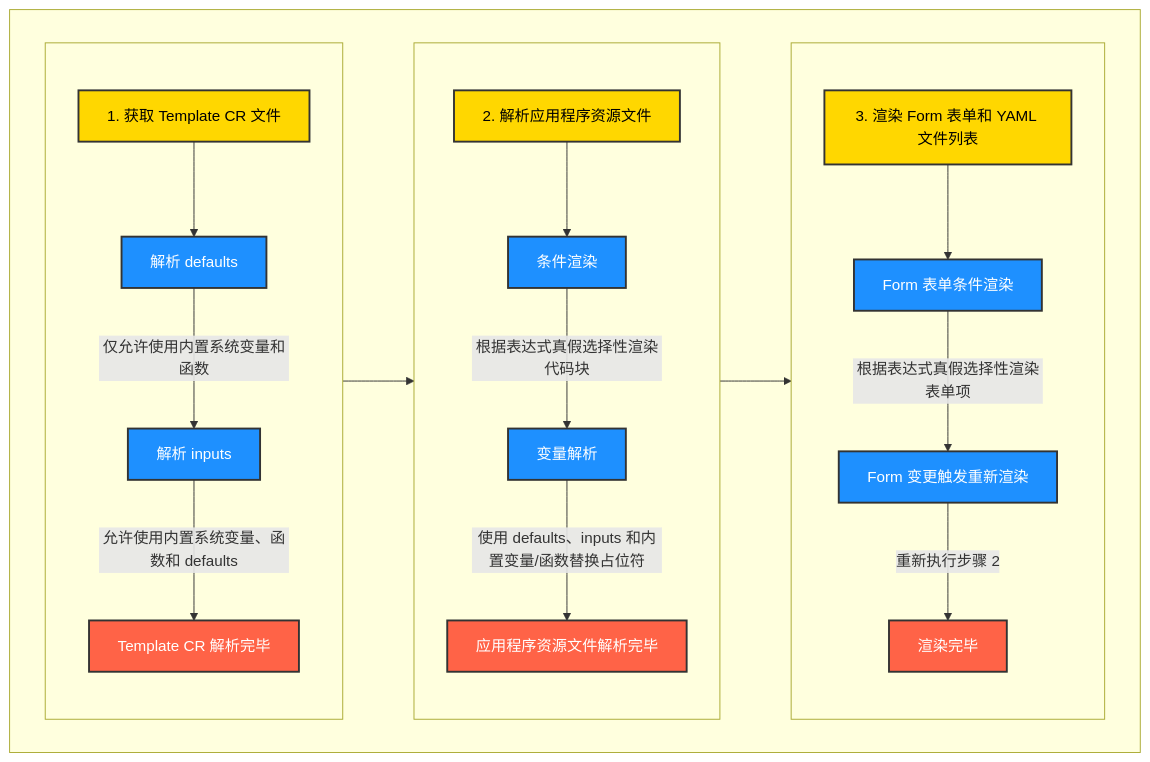
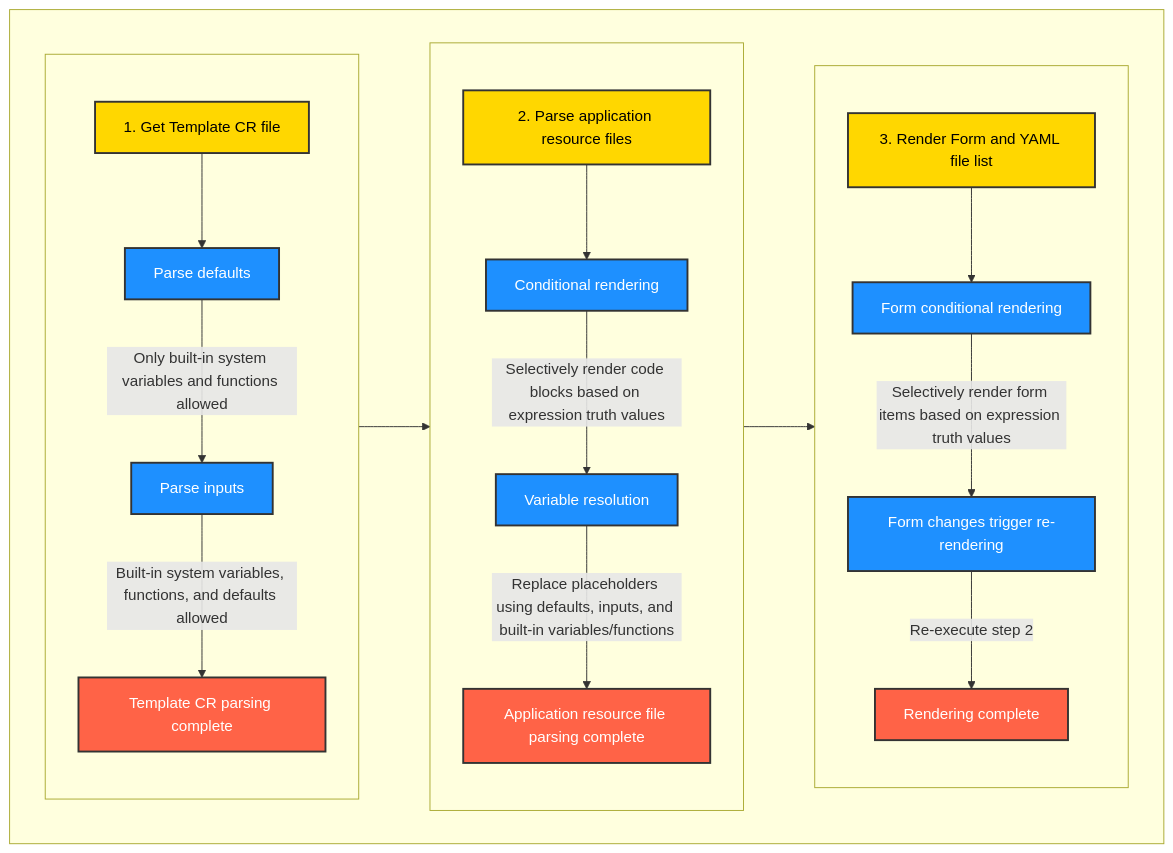
The diagram in skills/docker-to-sealos/references/example-guide.md (zjy365/dockerfile-skill), drawn with Mermaid before and after one commit. The commit also changed other lines of this file and 13 other files, not shown here.

````diff
--- a/skills/docker-to-sealos/references/example-guide.md
+++ b/skills/docker-to-sealos/references/example-guide.md
@@ -1514,36 +1514,36 @@
 ```mermaid
 graph TB
   subgraph father[ ]
     style A fill:#FFD700,stroke:#333,stroke-width:2px,color:#000
     style B fill:#1E90FF,stroke:#333,stroke-width:2px,color:#FFF
     style C fill:#1E90FF,stroke:#333,stroke-width:2px,color:#FFF
     style D fill:#FF6347,stroke:#333,stroke-width:2px,color:#FFF
     style E fill:#FFD700,stroke:#333,stroke-width:2px,color:#000
     style F fill:#1E90FF,stroke:#333,stroke-width:2px,color:#FFF
     style G fill:#1E90FF,stroke:#333,stroke-width:2px,color:#FFF
     style H fill:#FF6347,stroke:#333,stroke-width:2px,color:#FFF
     style I fill:#FFD700,stroke:#333,stroke-width:2px,color:#000
     style J fill:#1E90FF,stroke:#333,stroke-width:2px,color:#FFF
     style K fill:#1E90FF,stroke:#333,stroke-width:2px,color:#FFF
     style L fill:#FF6347,stroke:#333,stroke-width:2px,color:#FFF
 
     subgraph sub1[ ]
-        A[1. 获取 Template CR 文件] --> B[解析 defaults]
-        B -- 仅允许使用内置系统变量和函数 --> C[解析 inputs]
-        C -- 允许使用内置系统变量、函数和 defaults --> D[Template CR 解析完毕]
+        A[1. Get Template CR file] --> B[Parse defaults]
+        B -- Only built-in system variables and functions allowed --> C[Parse inputs]
+        C -- Built-in system variables, functions, and defaults allowed --> D[Template CR parsing complete]
     end
     subgraph sub2[ ]
-        E[2. 解析应用程序资源文件] --> F[条件渲染]
-        F -- 根据表达式真假选择性渲染代码块 --> G[变量解析]
-        G -- 使用 defaults、inputs 和内置变量/函数替换占位符 --> H[应用程序资源文件解析完毕]
+        E[2. Parse application resource files] --> F[Conditional rendering]
+        F -- Selectively render code blocks based on expression truth values --> G[Variable resolution]
+        G -- Replace placeholders using defaults, inputs, and built-in variables/functions --> H[Application resource file parsing complete]
     end
     subgraph sub3[ ]
-        I[3. 渲染 Form 表单和 YAML 文件列表] --> J[Form 表单条件渲染]
-        J -- 根据表达式真假选择性渲染表单项 --> K[Form 变更触发重新渲染]
-        K -- 重新执行步骤 2 --> L[渲染完毕]
+        I[3. Render Form and YAML file list] --> J[Form conditional rendering]
+        J -- Selectively render form items based on expression truth values --> K[Form changes trigger re-rendering]
+        K -- Re-execute step 2 --> L[Rendering complete]
     end
-    
+
     sub1 --> sub2
     sub2 --> sub3
   end
 ```
````
